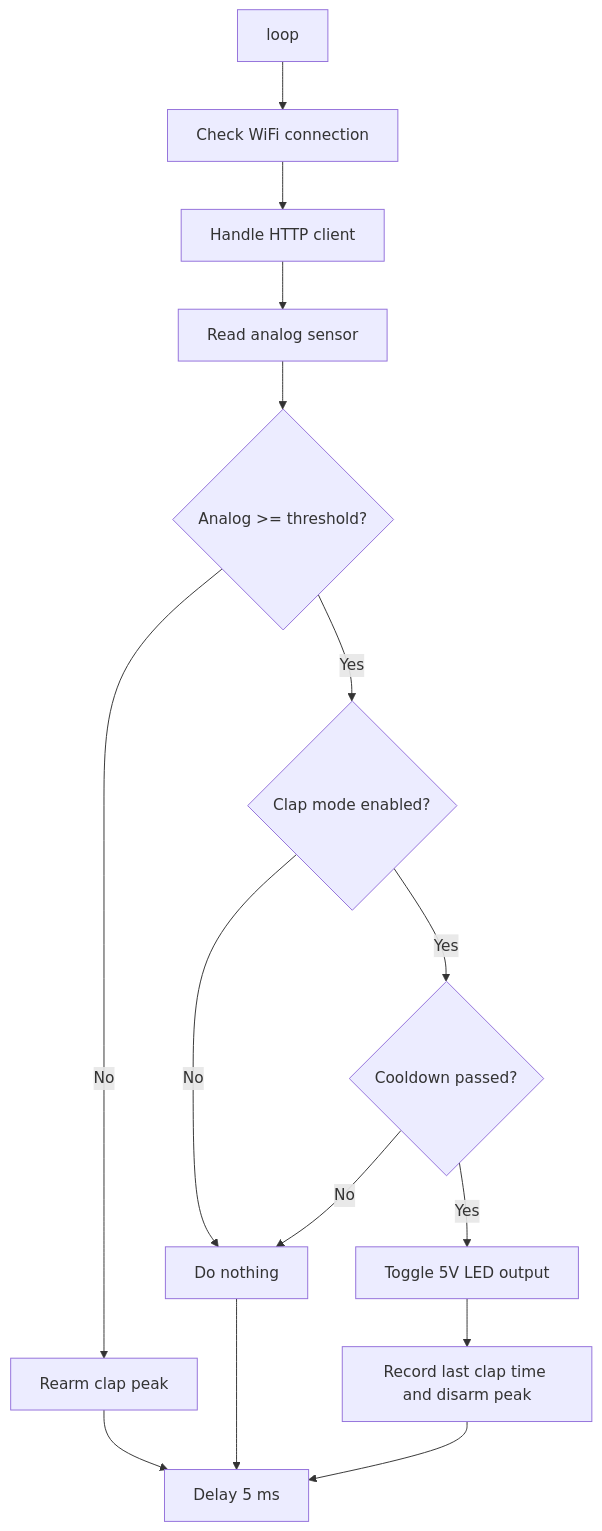
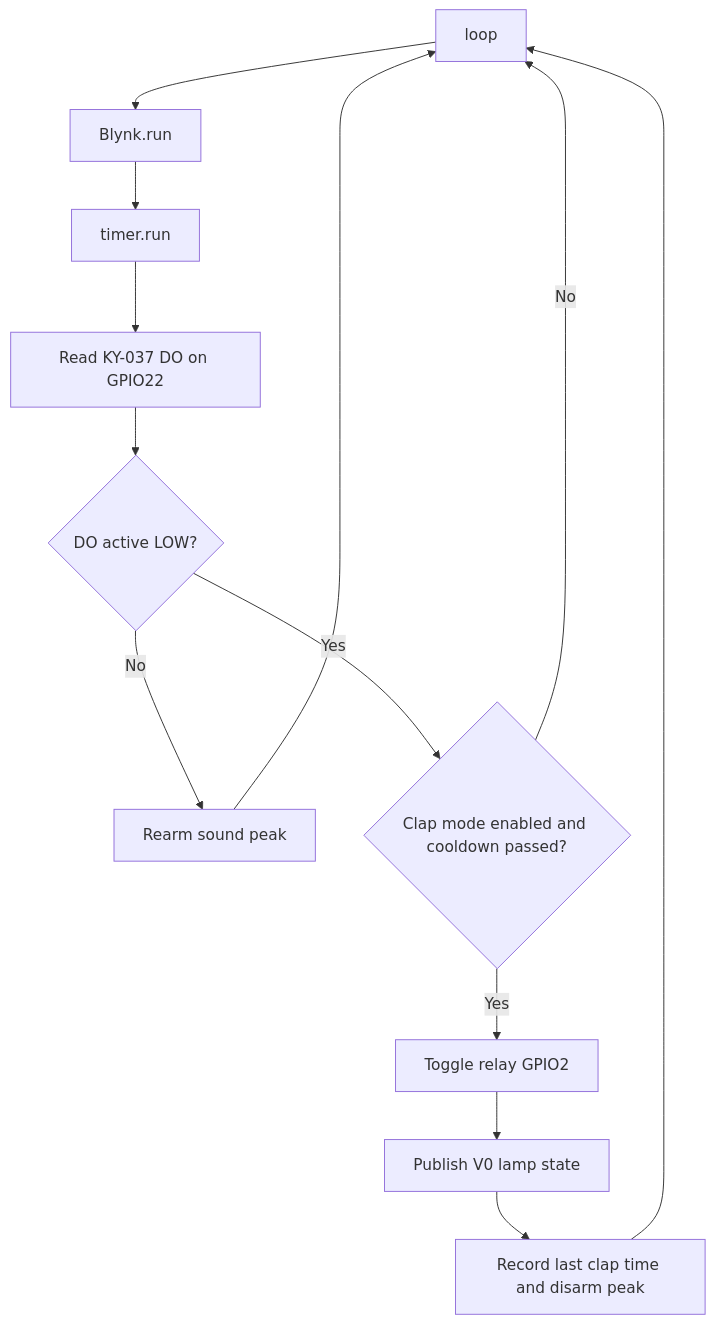
One commit to fatidaprilian/ClapControl-IoT changed the second of 3 diagrams in docs/flow-overview.md. Above: the diagram before and after it, drawn with Mermaid. The commit also changed other lines of this file and 18 other files, not shown here.

````diff
--- a/docs/flow-overview.md
+++ b/docs/flow-overview.md
@@ -18,17 +17,15 @@
 ```mermaid
 flowchart TD
-  A[loop] --> B[Check WiFi connection]
-  B --> C[Handle HTTP client]
-  C --> D[Read analog sensor]
-  D --> E{Analog >= threshold?}
-  E -- No --> F[Rearm clap peak]
-  E -- Yes --> G{Clap mode enabled?}
-  G -- No --> H[Do nothing]
-  G -- Yes --> I{Cooldown passed?}
-  I -- No --> H
-  I -- Yes --> J[Toggle 5V LED output]
-  J --> K[Record last clap time and disarm peak]
-  F --> L[Delay 5 ms]
-  H --> L
-  K --> L
+  A[loop] --> B[Blynk.run]
+  B --> C[timer.run]
+  C --> D[Read KY-037 DO on GPIO22]
+  D --> E{DO active LOW?}
+  E -- No --> F[Rearm sound peak]
+  E -- Yes --> G{Clap mode enabled and cooldown passed?}
+  G -- No --> A
+  G -- Yes --> H[Toggle relay GPIO2]
+  H --> I[Publish V0 lamp state]
+  I --> J[Record last clap time and disarm peak]
+  F --> A
+  J --> A
 ```
````
